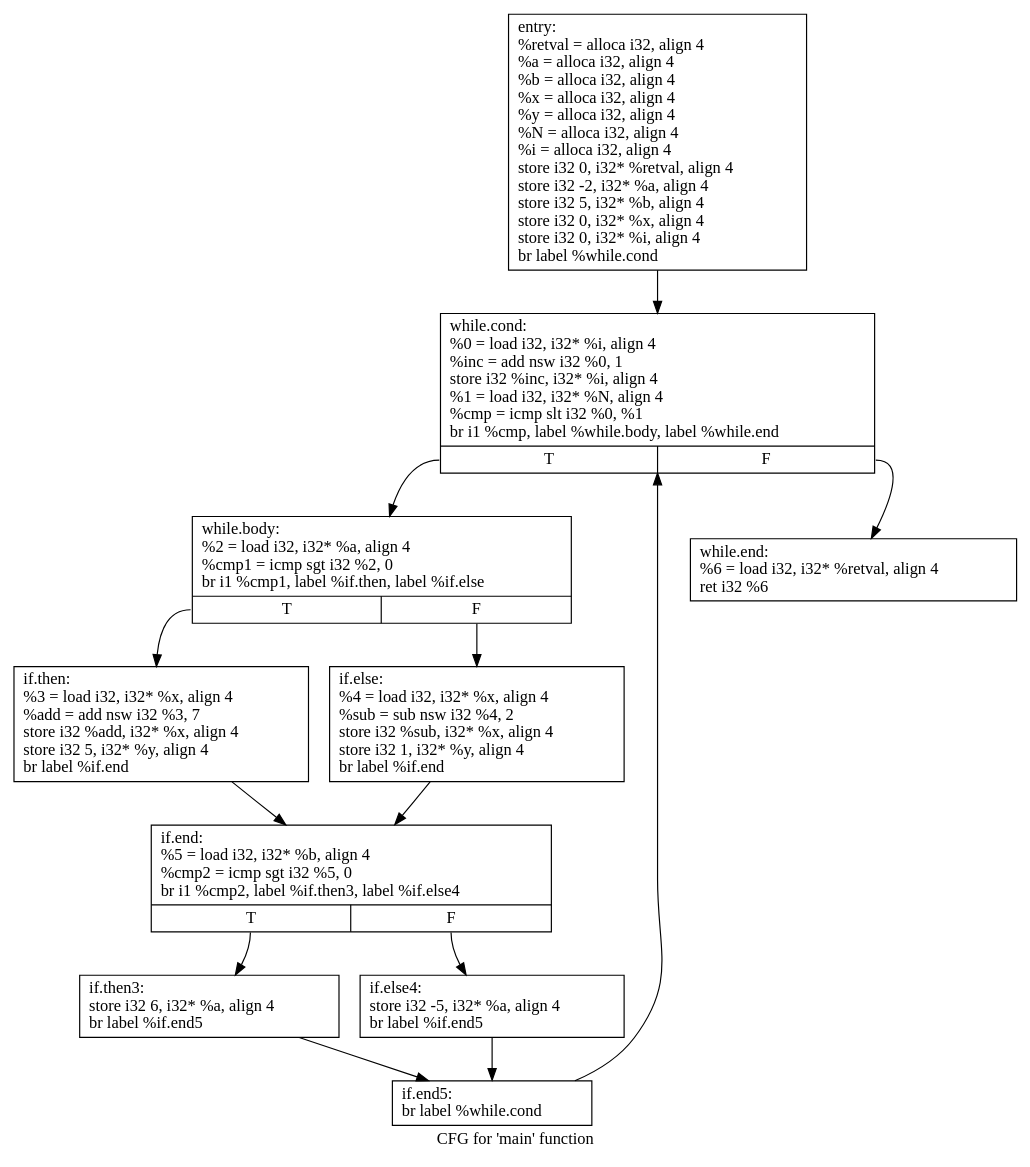
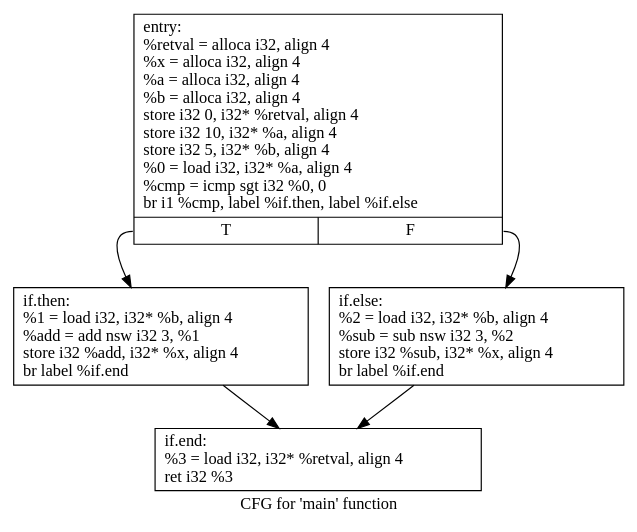
Before and after one commit to hjw95/program-analysis: the diagram in graphs/assignment3-example3.dot, drawn with Graphviz. The commit also changed 33 other files, not shown here.

```diff
--- a/graphs/assignment3-example3.dot
+++ b/graphs/assignment3-example3.dot
@@ -1,26 +1,12 @@
 digraph "CFG for 'main' function" {
 	label="CFG for 'main' function";
 
-	Node0x560ec53d7bc0 [shape=record,label="{entry:\l  %retval = alloca i32, align 4\l  %a = alloca i32, align 4\l  %b = alloca i32, align 4\l  %x = alloca i32, align 4\l  %y = alloca i32, align 4\l  %N = alloca i32, align 4\l  %i = alloca i32, align 4\l  store i32 0, i32* %retval, align 4\l  store i32 -2, i32* %a, align 4\l  store i32 5, i32* %b, align 4\l  store i32 0, i32* %x, align 4\l  store i32 0, i32* %i, align 4\l  br label %while.cond\l}"];
-	Node0x560ec53d7bc0 -> Node0x560ec53d89c0;
-	Node0x560ec53d89c0 [shape=record,label="{while.cond:                                       \l  %0 = load i32, i32* %i, align 4\l  %inc = add nsw i32 %0, 1\l  store i32 %inc, i32* %i, align 4\l  %1 = load i32, i32* %N, align 4\l  %cmp = icmp slt i32 %0, %1\l  br i1 %cmp, label %while.body, label %while.end\l|{<s0>T|<s1>F}}"];
-	Node0x560ec53d89c0:s0 -> Node0x560ec53d8d20;
-	Node0x560ec53d89c0:s1 -> Node0x560ec53d8e00;
-	Node0x560ec53d8d20 [shape=record,label="{while.body:                                       \l  %2 = load i32, i32* %a, align 4\l  %cmp1 = icmp sgt i32 %2, 0\l  br i1 %cmp1, label %if.then, label %if.else\l|{<s0>T|<s1>F}}"];
-	Node0x560ec53d8d20:s0 -> Node0x560ec53d9120;
-	Node0x560ec53d8d20:s1 -> Node0x560ec53d91f0;
-	Node0x560ec53d9120 [shape=record,label="{if.then:                                          \l  %3 = load i32, i32* %x, align 4\l  %add = add nsw i32 %3, 7\l  store i32 %add, i32* %x, align 4\l  store i32 5, i32* %y, align 4\l  br label %if.end\l}"];
-	Node0x560ec53d9120 -> Node0x560ec53d9480;
-	Node0x560ec53d91f0 [shape=record,label="{if.else:                                          \l  %4 = load i32, i32* %x, align 4\l  %sub = sub nsw i32 %4, 2\l  store i32 %sub, i32* %x, align 4\l  store i32 1, i32* %y, align 4\l  br label %if.end\l}"];
-	Node0x560ec53d91f0 -> Node0x560ec53d9480;
-	Node0x560ec53d9480 [shape=record,label="{if.end:                                           \l  %5 = load i32, i32* %b, align 4\l  %cmp2 = icmp sgt i32 %5, 0\l  br i1 %cmp2, label %if.then3, label %if.else4\l|{<s0>T|<s1>F}}"];
-	Node0x560ec53d9480:s0 -> Node0x560ec53d9880;
-	Node0x560ec53d9480:s1 -> Node0x560ec53d9960;
-	Node0x560ec53d9880 [shape=record,label="{if.then3:                                         \l  store i32 6, i32* %a, align 4\l  br label %if.end5\l}"];
-	Node0x560ec53d9880 -> Node0x560ec53d9af0;
-	Node0x560ec53d9960 [shape=record,label="{if.else4:                                         \l  store i32 -5, i32* %a, align 4\l  br label %if.end5\l}"];
-	Node0x560ec53d9960 -> Node0x560ec53d9af0;
-	Node0x560ec53d9af0 [shape=record,label="{if.end5:                                          \l  br label %while.cond\l}"];
-	Node0x560ec53d9af0 -> Node0x560ec53d89c0;
-	Node0x560ec53d8e00 [shape=record,label="{while.end:                                        \l  %6 = load i32, i32* %retval, align 4\l  ret i32 %6\l}"];
+	Node0x555aa5b5f750 [shape=record,label="{entry:\l  %retval = alloca i32, align 4\l  %x = alloca i32, align 4\l  %a = alloca i32, align 4\l  %b = alloca i32, align 4\l  store i32 0, i32* %retval, align 4\l  store i32 10, i32* %a, align 4\l  store i32 5, i32* %b, align 4\l  %0 = load i32, i32* %a, align 4\l  %cmp = icmp sgt i32 %0, 0\l  br i1 %cmp, label %if.then, label %if.else\l|{<s0>T|<s1>F}}"];
+	Node0x555aa5b5f750:s0 -> Node0x555aa5b603e0;
+	Node0x555aa5b5f750:s1 -> Node0x555aa5b604b0;
+	Node0x555aa5b603e0 [shape=record,label="{if.then:                                          \l  %1 = load i32, i32* %b, align 4\l  %add = add nsw i32 3, %1\l  store i32 %add, i32* %x, align 4\l  br label %if.end\l}"];
+	Node0x555aa5b603e0 -> Node0x555aa5b606c0;
+	Node0x555aa5b604b0 [shape=record,label="{if.else:                                          \l  %2 = load i32, i32* %b, align 4\l  %sub = sub nsw i32 3, %2\l  store i32 %sub, i32* %x, align 4\l  br label %if.end\l}"];
+	Node0x555aa5b604b0 -> Node0x555aa5b606c0;
+	Node0x555aa5b606c0 [shape=record,label="{if.end:                                           \l  %3 = load i32, i32* %retval, align 4\l  ret i32 %3\l}"];
 }
```
